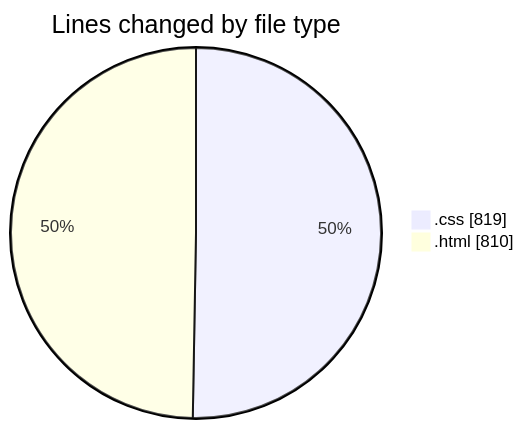
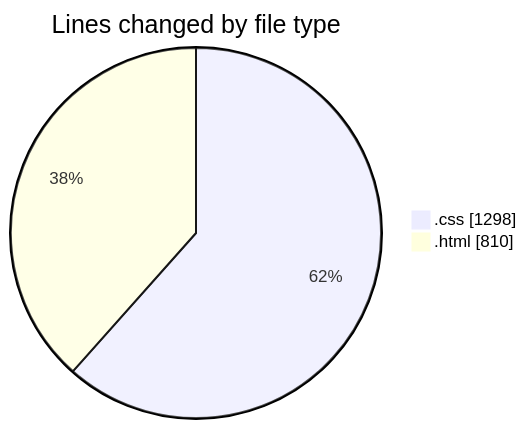
Before and after one commit to igalym/code-tracking: the first of 2 diagrams in 2025-12-30/budget_front_nest/README.md, drawn with Mermaid. The commit also changed other lines of this file and 1 other file, not shown here.

````diff
--- a/2025-12-30/budget_front_nest/README.md
+++ b/2025-12-30/budget_front_nest/README.md
@@ -26,6 +27,6 @@
 ```mermaid
 pie showData
 title Lines changed by file type
-".css" : 819
+".css" : 1298
 ".html" : 810
 ```
````
